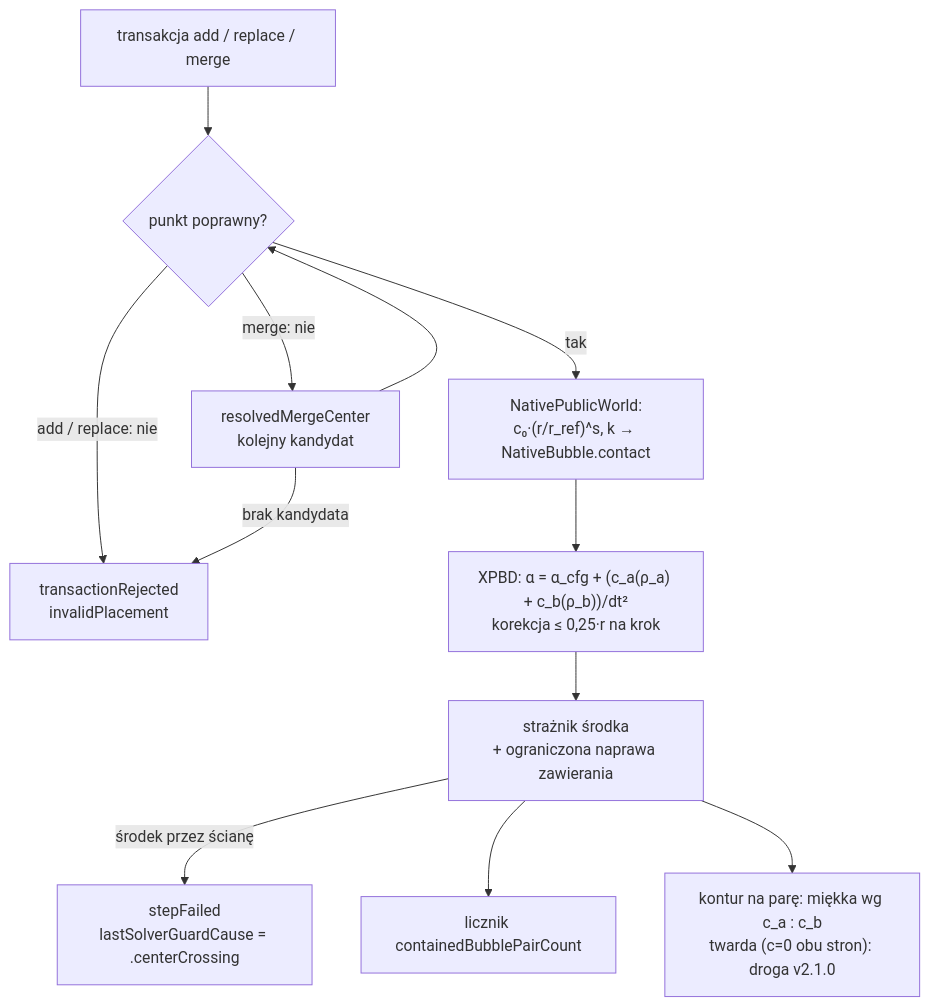
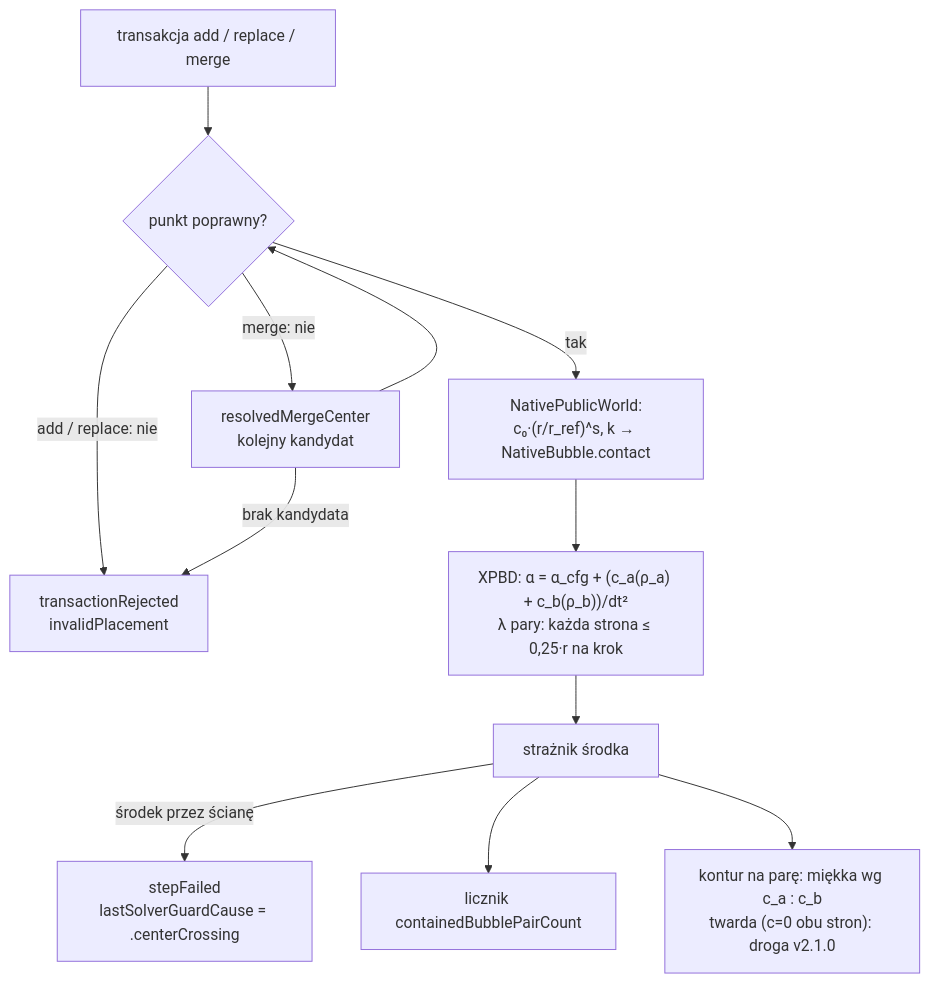
One commit to MariuszAdamowicz/BubblePhysics changed the third of 3 diagrams in docs/sdlc/changes/2026-11-14-crowd-solver-compression/change-design.md. Above: the diagram before and after it, drawn with Mermaid. The commit also changed other lines of this file, not shown here.

First line of the commit message:
docs(design): rewizja limitu korekcji: limit pary zamiast budżetu na bańkę

````diff
--- a/docs/sdlc/changes/2026-11-14-crowd-solver-compression/change-design.md
+++ b/docs/sdlc/changes/2026-11-14-crowd-solver-compression/change-design.md
@@ -186,13 +194,13 @@
 ```mermaid
 flowchart TD
   tx["transakcja add / replace / merge"] --> val{"punkt poprawny?"}
   val -->|"add / replace: nie"| rej["transactionRejected<br/>invalidPlacement"]
   val -->|"merge: nie"| alt["resolvedMergeCenter<br/>kolejny kandydat"] --> val
   alt -->|"brak kandydata"| rej
   val -->|tak| host["NativePublicWorld:<br/>c₀·(r/r_ref)^s, k → NativeBubble.contact"]
-  host --> xpbd["XPBD: α = α_cfg + (c_a(ρ_a) + c_b(ρ_b))/dt²<br/>korekcja ≤ 0,25·r na krok"]
-  xpbd --> guard["strażnik środka<br/>+ ograniczona naprawa zawierania"]
+  host --> xpbd["XPBD: α = α_cfg + (c_a(ρ_a) + c_b(ρ_b))/dt²<br/>λ pary: każda strona ≤ 0,25·r na krok"]
+  xpbd --> guard["strażnik środka"]
   guard -->|"środek przez ścianę"| step["stepFailed<br/>lastSolverGuardCause = .centerCrossing"]
   guard --> count["licznik containedBubblePairCount"]
   guard --> contour["kontur na parę: miękka wg c_a : c_b<br/>twarda (c=0 obu stron): droga v2.1.0"]
 ```
````
